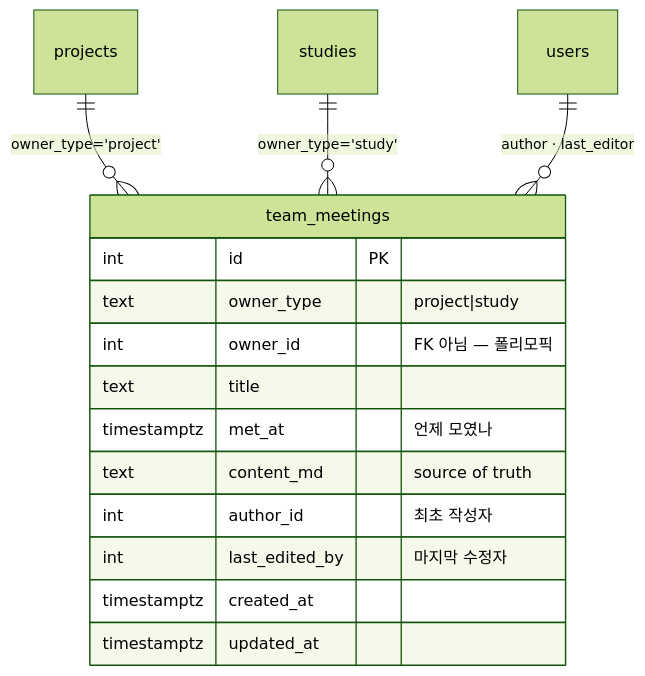
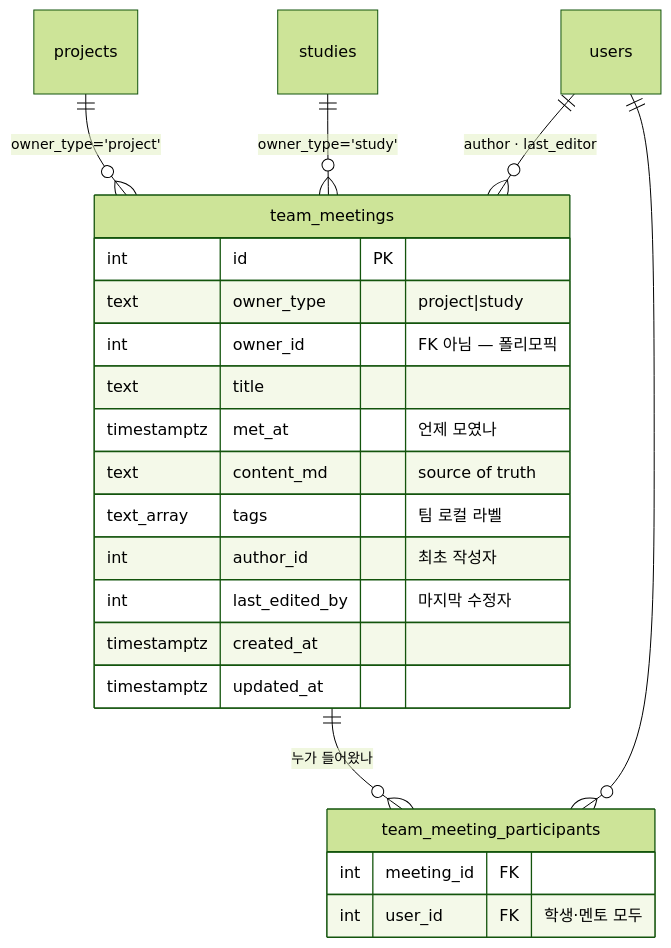
Before and after one commit to Seeds-kr/Seeds-GrowthHub: the second of 2 diagrams in docs/design/06-team-meeting-notes.md, drawn with Mermaid (forest theme). The commit also changed other lines of this file and 20 other files, not shown here.

````diff
--- a/docs/design/06-team-meeting-notes.md
+++ b/docs/design/06-team-meeting-notes.md
@@ -93,19 +93,27 @@
 ```mermaid
 erDiagram
     projects ||--o{ team_meetings : "owner_type='project'"
     studies  ||--o{ team_meetings : "owner_type='study'"
     users    ||--o{ team_meetings : "author · last_editor"
+
+    team_meetings ||--o{ team_meeting_participants : "누가 들어왔나"
+    users ||--o{ team_meeting_participants : ""
 
     team_meetings {
         int id PK
         text owner_type "project|study"
         int owner_id "FK 아님 — 폴리모픽"
         text title
         timestamptz met_at "언제 모였나"
         text content_md "source of truth"
+        text_array tags "팀 로컬 라벨"
         int author_id "최초 작성자"
         int last_edited_by "마지막 수정자"
         timestamptz created_at
         timestamptz updated_at
     }
+    team_meeting_participants {
+        int meeting_id FK
+        int user_id FK "학생·멘토 모두"
+    }
 ```
````
